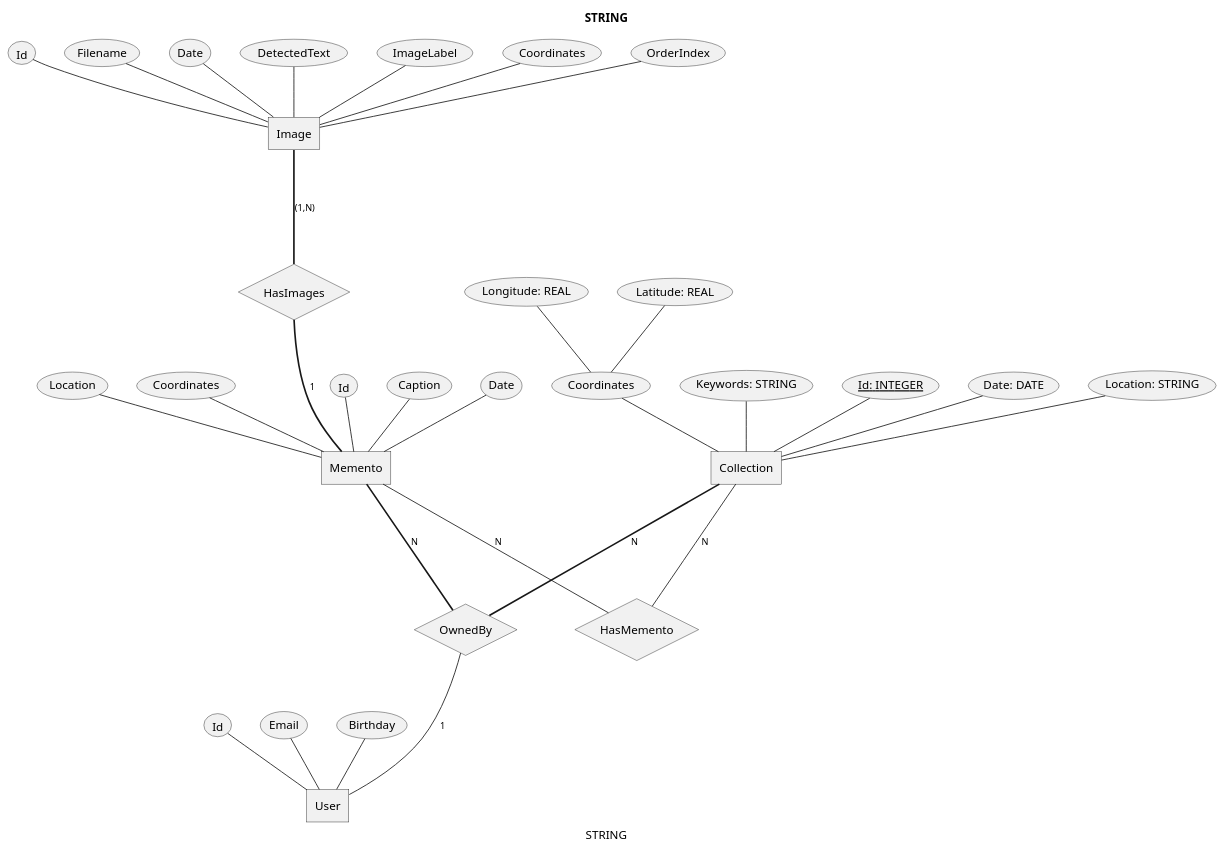
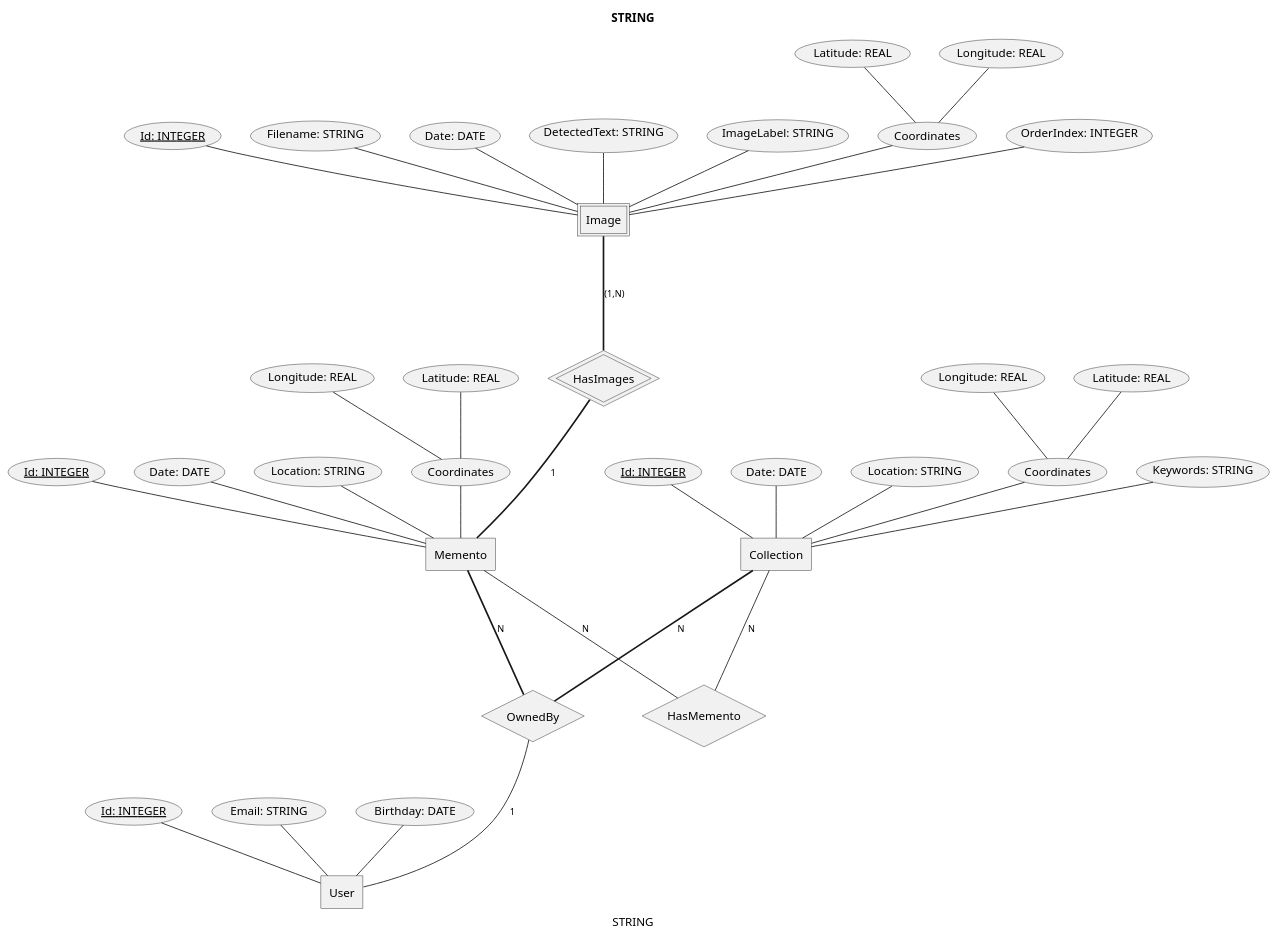
Before and after one commit to owencooke/memento: the diagram in docs/entity-relation.puml, drawn with PlantUML.

Commit message:
Added Types and Keys to Attributes and Relationships

```diff
--- a/docs/entity-relation.puml
+++ b/docs/entity-relation.puml
@@ -3,62 +3,70 @@
 @startchen ERD
 
 title Entity Relationship Diagram
 
 /'left to right direction'/
 
 ' Entities
 entity User {
-    Id
-    Email
-    Birthday
+    Id: INTEGER <<key>>
+    Email: STRING
+    Birthday: DATE
 }
 
 entity Memento {
-    Id
-    Caption
-    Date
-    Location
-    Coordinates
+    Id: INTEGER <<key>>
+    Caption: STRING
+    Date: DATE
+    Location: STRING
+    Coordinates {
+      Latitude: REAL
+      Longitude: REAL
+    }
 }
 
-entity Image {
-    Id
-    Filename
-    Date
-    DetectedText
-    ImageLabel
-    Coordinates
-    OrderIndex
+entity Image <<weak>> {
+    Id: INTEGER <<key>>
+    Filename: STRING
+    Date: DATE
+    DetectedText: STRING
+    ImageLabel: STRING
+    Coordinates {
+      Latitude: REAL
+      Longitude: REAL
+    }
+    OrderIndex: INTEGER
+}
+
 entity Collection {
     Id: INTEGER <<key>>
     Title: STRING
     Caption: STRING
     Date: DATE
     Location: STRING
     Coordinates {
       Latitude: REAL
       Longitude: REAL
     }
     Keywords: STRING
 }
 
 ' Relationships
-relationship HasImages {
+relationship HasImages <<identifying>> {
 }
 Image =(1,N)= HasImages
 HasImages =1= Memento
 
 
 relationship OwnedBy {
 }
 Memento =N= OwnedBy
 Collection =N= OwnedBy
 OwnedBy -1- User
 
 
 relationship HasMemento {
 }
 Collection -N- HasMemento
 Memento -N- HasMemento
 
 @endchen
```
